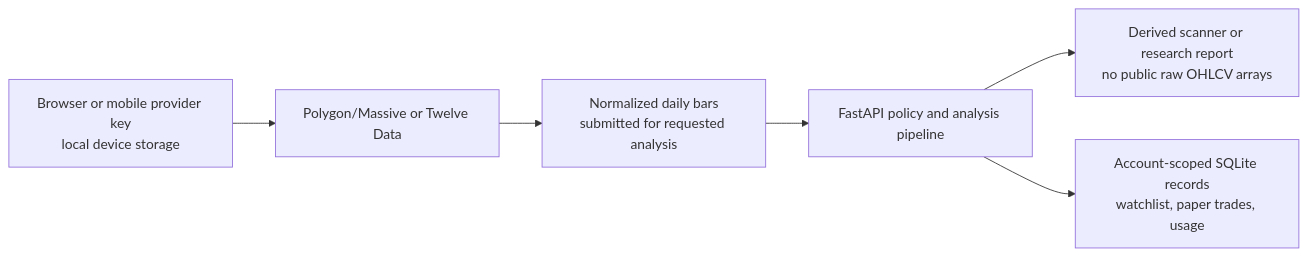
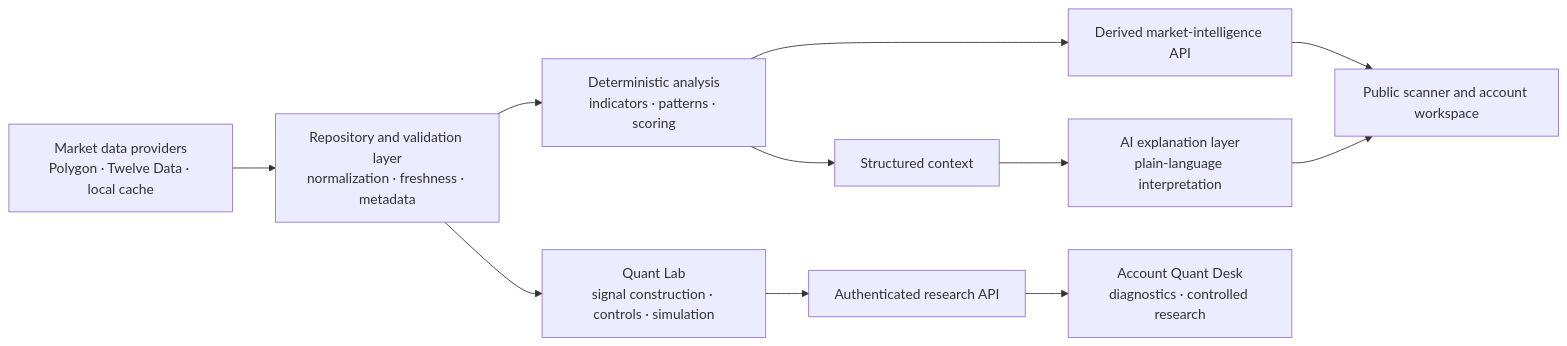
One commit to silasproff-eng/Oryntra-AI changed the first of 4 diagrams in README.md. Above: the diagram before and after it, drawn with Mermaid. The commit also changed other lines of this file, not shown here.

````diff
--- a/README.md
+++ b/README.md
@@ -68,8 +39,13 @@
 ```mermaid
 flowchart LR
-    A["Browser or mobile provider key\nlocal device storage"] --> B["Polygon/Massive or Twelve Data"]
-    B --> C["Normalized daily bars\nsubmitted for requested analysis"]
-    C --> D["FastAPI policy and analysis pipeline"]
-    D --> E["Derived scanner or research report\nno public raw OHLCV arrays"]
-    D --> F["Account-scoped SQLite records\nwatchlist, paper trades, usage"]
+    A["Market data providers\nPolygon · Twelve Data · local cache"] --> B["Repository and validation layer\nnormalization · freshness · metadata"]
+    B --> C["Deterministic analysis\nindicators · patterns · scoring"]
+    B --> D["Quant Lab\nsignal construction · controls · simulation"]
+    C --> E["Derived market-intelligence API"]
+    D --> F["Authenticated research API"]
+    E --> G["Public scanner and account workspace"]
+    F --> H["Account Quant Desk\ndiagnostics · controlled research"]
+    C --> I["Structured context"]
+    I --> J["AI explanation layer\nplain-language interpretation"]
+    J --> G
 ```
````
